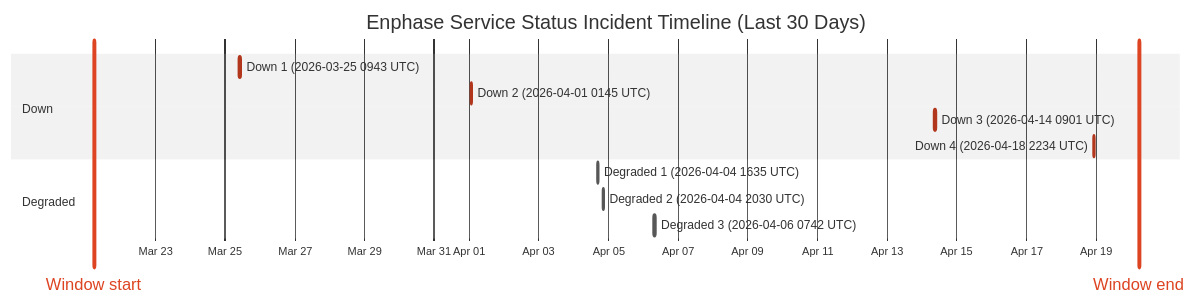
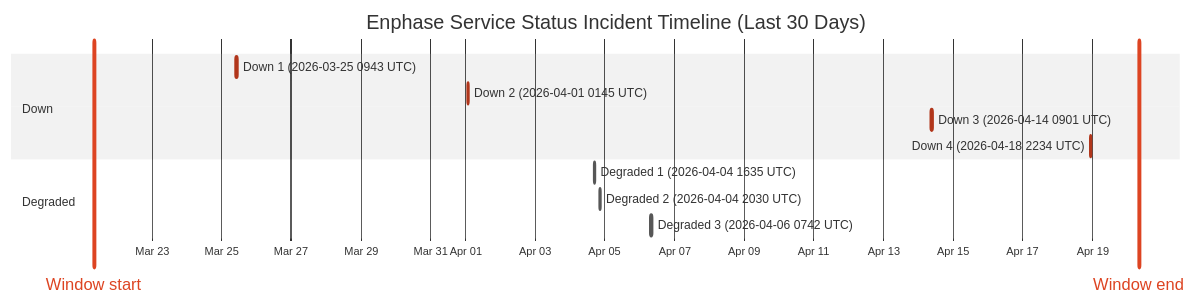
The diagram in wiki/Service-Status-History.md (barneyonline/ha-enphase-ev-charger), drawn with Mermaid (neutral theme) before and after one commit. The commit also changed other lines of this file and 3 other files, not shown here.

````diff
--- a/wiki/Service-Status-History.md
+++ b/wiki/Service-Status-History.md
@@ -14,17 +14,17 @@
 ```mermaid
 gantt
     title Enphase Service Status Incident Timeline (Last 30 Days)
     dateFormat  YYYY-MM-DDTHH:mm:ss
     axisFormat  %b %d
-    Window start :vert, window-start, 2026-03-21T05:40:39, 0ms
-    Window end :vert, window-end, 2026-04-20T05:40:39, 0ms
+    Window start :vert, window-start, 2026-03-21T08:05:50, 0ms
+    Window end :vert, window-end, 2026-04-20T08:05:50, 0ms
     section Down
     Down 1 (2026-03-25 0943 UTC) :crit, down-1, 2026-03-25T09:43:28, 111m
     Down 2 (2026-04-01 0145 UTC) :crit, down-2, 2026-04-01T01:45:09, 60m
     Down 3 (2026-04-14 0901 UTC) :crit, down-3, 2026-04-14T09:01:13, 60m
     Down 4 (2026-04-18 2234 UTC) :crit, down-4, 2026-04-18T22:34:13, 60m
     section Degraded
     Degraded 1 (2026-04-04 1635 UTC) :active, degraded-1, 2026-04-04T16:35:17, 60m
     Degraded 2 (2026-04-04 2030 UTC) :active, degraded-2, 2026-04-04T20:30:40, 60m
     Degraded 3 (2026-04-06 0742 UTC) :active, degraded-3, 2026-04-06T07:42:09, 85m
 ```
````
